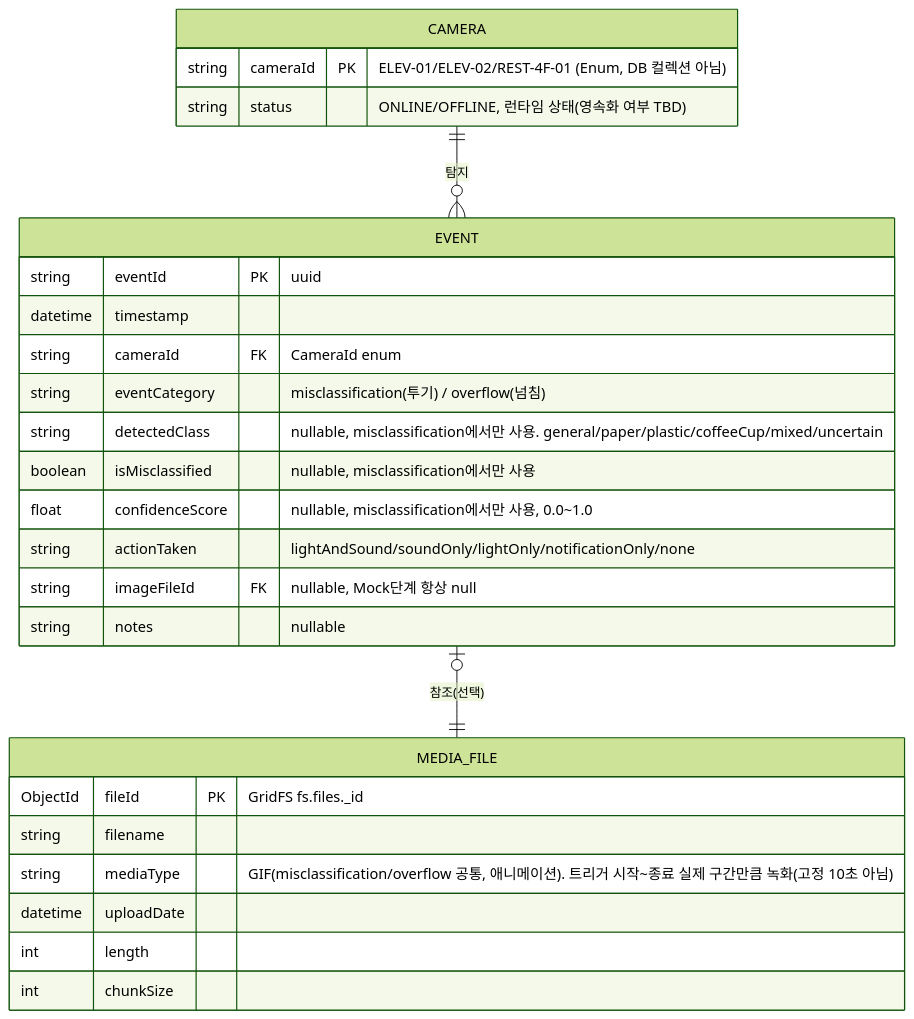
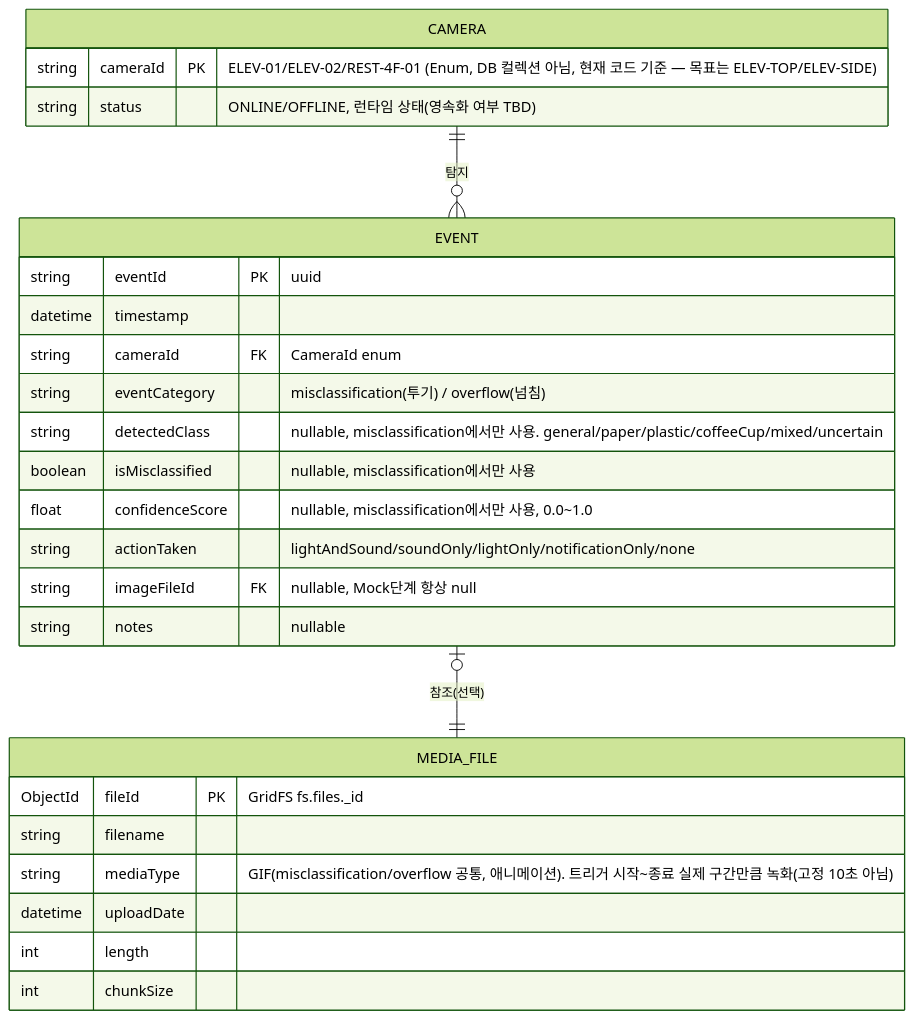
The diagram in Docs/ERD.md (SortMasterr/SortMaster), drawn with Mermaid (forest theme) before and after one commit. The commit also changed other lines of this file and 5 other files, not shown here.

````diff
--- a/Docs/ERD.md
+++ b/Docs/ERD.md
@@ -9,32 +9,32 @@
 ```mermaid
 erDiagram
     CAMERA ||--o{ EVENT : "탐지"
     EVENT |o--|| MEDIA_FILE : "참조(선택)"
 
     CAMERA {
-        string cameraId PK "ELEV-01/ELEV-02/REST-4F-01 (Enum, DB 컬렉션 아님)"
+        string cameraId PK "ELEV-01/ELEV-02/REST-4F-01 (Enum, DB 컬렉션 아님, 현재 코드 기준 — 목표는 ELEV-TOP/ELEV-SIDE)"
         string status "ONLINE/OFFLINE, 런타임 상태(영속화 여부 TBD)"
     }
 
     EVENT {
         string eventId PK "uuid"
         datetime timestamp
         string cameraId FK "CameraId enum"
         string eventCategory "misclassification(투기) / overflow(넘침)"
         string detectedClass "nullable, misclassification에서만 사용. general/paper/plastic/coffeeCup/mixed/uncertain"
         boolean isMisclassified "nullable, misclassification에서만 사용"
         float confidenceScore "nullable, misclassification에서만 사용, 0.0~1.0"
         string actionTaken "lightAndSound/soundOnly/lightOnly/notificationOnly/none"
         string imageFileId FK "nullable, Mock단계 항상 null"
         string notes "nullable"
     }
 
     MEDIA_FILE {
         ObjectId fileId PK "GridFS fs.files._id"
         string filename
         string mediaType "GIF(misclassification/overflow 공통, 애니메이션). 트리거 시작~종료 실제 구간만큼 녹화(고정 10초 아님)"
         datetime uploadDate
         int length
         int chunkSize
     }
 ```
````
